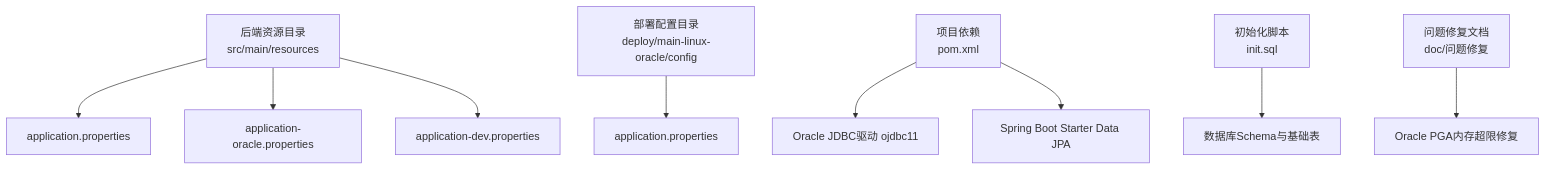
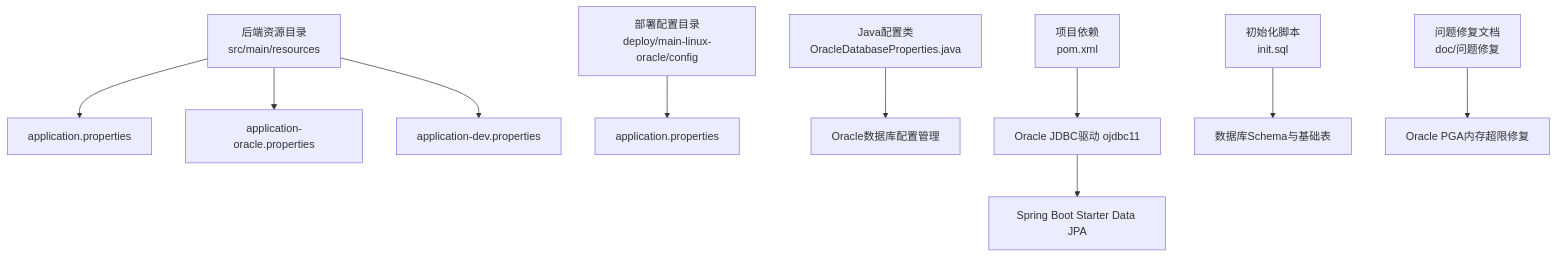
One commit to liuzh2008/med_ai_assistant_workspace changed the first of 3 diagrams in .qoder/repowiki/zh/content/配置管理/数据库配置.md. Above: the diagram before and after it, drawn with Mermaid. The commit also changed other lines of this file and 4 other files, not shown here.

````diff
--- a/.qoder/repowiki/zh/content/配置管理/数据库配置.md
+++ b/.qoder/repowiki/zh/content/配置管理/数据库配置.md
@@ -58,11 +61,12 @@
 ```mermaid
 graph TB
 A["后端资源目录<br/>src/main/resources"] --> B["application.properties"]
 A --> C["application-oracle.properties"]
 A --> D["application-dev.properties"]
 E["部署配置目录<br/>deploy/main-linux-oracle/config"] --> F["application.properties"]
-G["项目依赖<br/>pom.xml"] --> H["Oracle JDBC驱动 ojdbc11"]
-G --> I["Spring Boot Starter Data JPA"]
-J["初始化脚本<br/>init.sql"] --> K["数据库Schema与基础表"]
-L["问题修复文档<br/>doc/问题修复"] --> M["Oracle PGA内存超限修复"]
+G["Java配置类<br/>OracleDatabaseProperties.java"] --> H["Oracle数据库配置管理"]
+I["项目依赖<br/>pom.xml"] --> J["Oracle JDBC驱动 ojdbc11"]
+J --> K["Spring Boot Starter Data JPA"]
+L["初始化脚本<br/>init.sql"] --> M["数据库Schema与基础表"]
+N["问题修复文档<br/>doc/问题修复"] --> O["Oracle PGA内存超限修复"]
 ```
````
